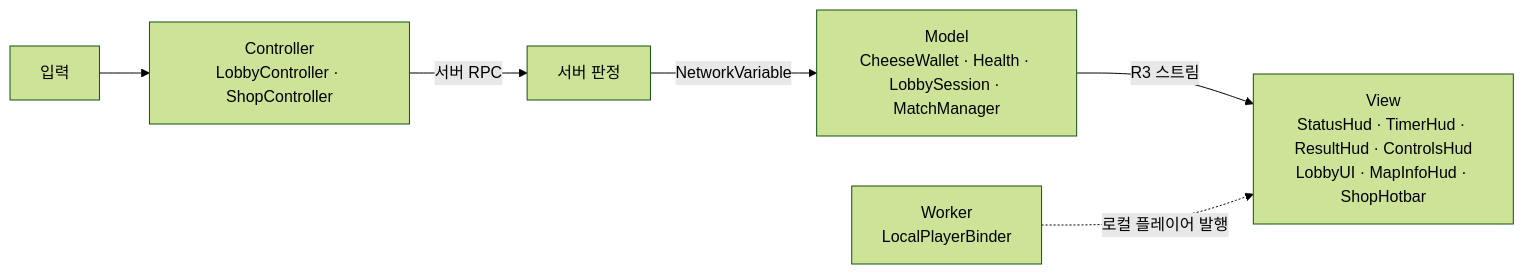
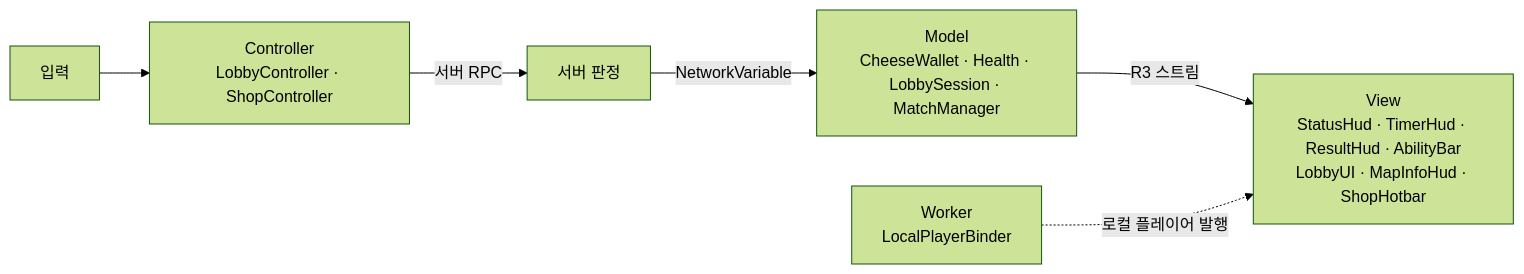
One commit to JeahanPark/The-Cheese-Thief-and-the-Cat changed diagram 14 of 17 in CTC/docs/design-vault/코드 다이어그램.md. Above: the diagram before and after it, drawn with Mermaid (forest theme). The commit also changed other lines of this file and 11 other files, not shown here.

First line of the commit message:
fix(hud): 능력 칸 덮개에 스프라이트(Filled 무시 버그) · 핫바 쓰는 칸 가운데 정렬 · qa_v45/v42 능력 바·쿨다운 복제 단언 · 문서(규칙 페이지·코드 다이어그램·핸드오프)

````diff
--- a/CTC/docs/design-vault/코드 다이어그램.md
+++ b/CTC/docs/design-vault/코드 다이어그램.md
@@ -676,8 +686,8 @@
 ```mermaid
 flowchart LR
     Input[입력] --> C[Controller<br/>LobbyController · ShopController]
     C -->|서버 RPC| S[서버 판정]
     S -->|NetworkVariable| M[Model<br/>CheeseWallet · Health · LobbySession · MatchManager]
-    M -->|R3 스트림| V[View<br/>StatusHud · TimerHud · ResultHud · ControlsHud<br/>LobbyUI · MapInfoHud · ShopHotbar]
+    M -->|R3 스트림| V[View<br/>StatusHud · TimerHud · ResultHud · AbilityBar<br/>LobbyUI · MapInfoHud · ShopHotbar]
     W[Worker<br/>LocalPlayerBinder] -.로컬 플레이어 발행.-> V
 ```
````
